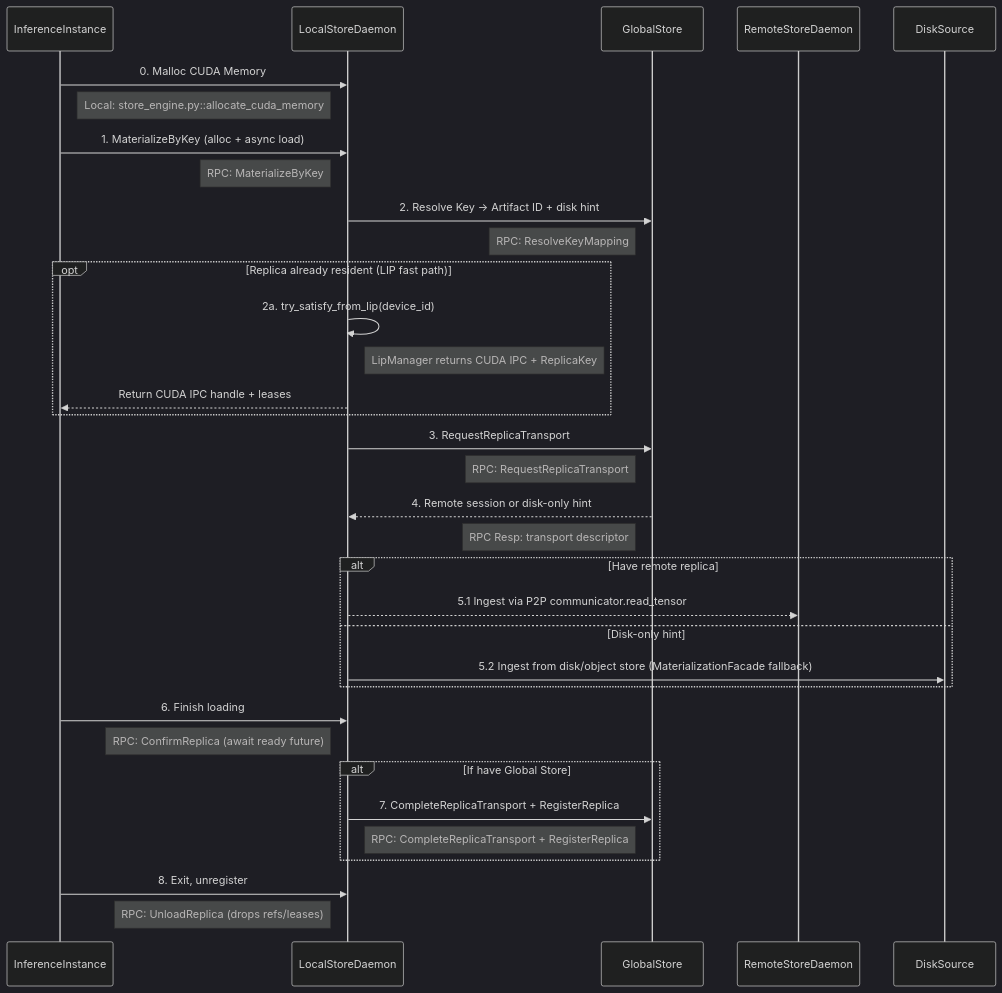
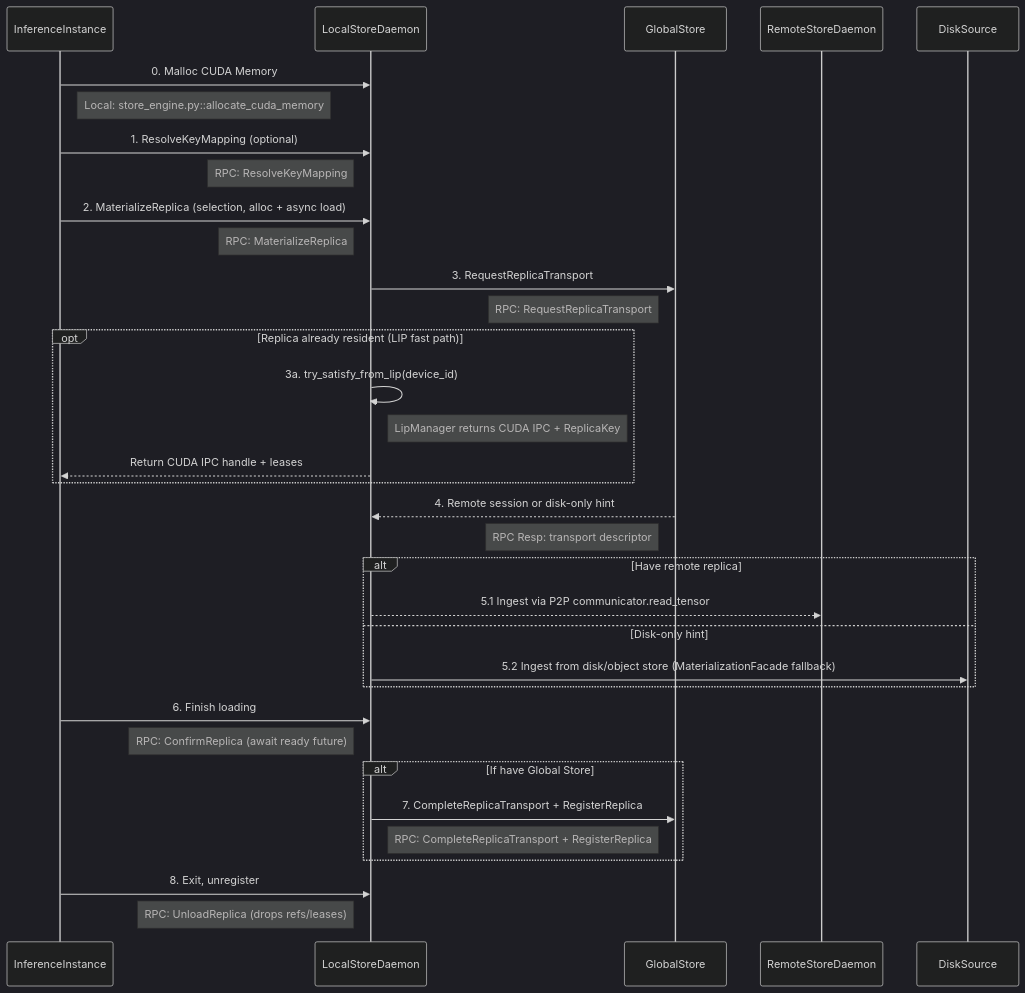
One commit to tensorcast-ai/tensorcast changed the diagram in docs/internals/model-loading.md. Above: the diagram before and after it, drawn with Mermaid (dark theme). The commit also changed other lines of this file and 97 other files, not shown here.

First line of the commit message:
feat(sdk,daemon,core,proto): hard-cut to selection-first retrieval and materialization

````diff
--- a/docs/internals/model-loading.md
+++ b/docs/internals/model-loading.md
@@ -43,45 +43,46 @@
 ```mermaid
 sequenceDiagram
     participant InferenceInstance
     participant LocalStoreDaemon
     participant GlobalStore
     participant RemoteStoreDaemon
     participant DiskSource
 
     InferenceInstance->>LocalStoreDaemon: 0. Malloc CUDA Memory
     Note right of InferenceInstance: Local: store_engine.py::allocate_cuda_memory
 
-    InferenceInstance->>LocalStoreDaemon: 1. MaterializeByKey (alloc + async load)
-    Note left of LocalStoreDaemon: RPC: MaterializeByKey
+    InferenceInstance->>LocalStoreDaemon: 1. ResolveKeyMapping (optional)
+    Note left of LocalStoreDaemon: RPC: ResolveKeyMapping
 
-    LocalStoreDaemon->>GlobalStore: 2. Resolve Key → Artifact ID + disk hint
-    Note left of GlobalStore: RPC: ResolveKeyMapping
+    InferenceInstance->>LocalStoreDaemon: 2. MaterializeReplica (selection, alloc + async load)
+    Note left of LocalStoreDaemon: RPC: MaterializeReplica
+
+    LocalStoreDaemon->>GlobalStore: 3. RequestReplicaTransport
+    Note left of GlobalStore: RPC: RequestReplicaTransport
 
     opt Replica already resident (LIP fast path)
-        LocalStoreDaemon->>LocalStoreDaemon: 2a. try_satisfy_from_lip(device_id)
+        LocalStoreDaemon->>LocalStoreDaemon: 3a. try_satisfy_from_lip(device_id)
         Note right of LocalStoreDaemon: LipManager returns CUDA IPC + ReplicaKey
         LocalStoreDaemon-->>InferenceInstance: Return CUDA IPC handle + leases
     end
 
-    LocalStoreDaemon->>GlobalStore: 3. RequestReplicaTransport
-    Note left of GlobalStore: RPC: RequestReplicaTransport
     GlobalStore-->>LocalStoreDaemon: 4. Remote session or disk-only hint
     Note left of GlobalStore: RPC Resp: transport descriptor
 
     alt Have remote replica
         LocalStoreDaemon-->>RemoteStoreDaemon: 5.1 Ingest via P2P communicator.read_tensor
     else Disk-only hint
         LocalStoreDaemon->>DiskSource: 5.2 Ingest from disk/object store (MaterializationFacade fallback)
     end
 
     InferenceInstance->>LocalStoreDaemon: 6. Finish loading
     Note left of LocalStoreDaemon: RPC: ConfirmReplica (await ready future)
 
     alt If have Global Store
         LocalStoreDaemon->>GlobalStore: 7. CompleteReplicaTransport + RegisterReplica
         Note left of GlobalStore: RPC: CompleteReplicaTransport + RegisterReplica
     end
 
     InferenceInstance->>LocalStoreDaemon: 8. Exit, unregister
     Note left of LocalStoreDaemon: RPC: UnloadReplica (drops refs/leases)
 ```
````
